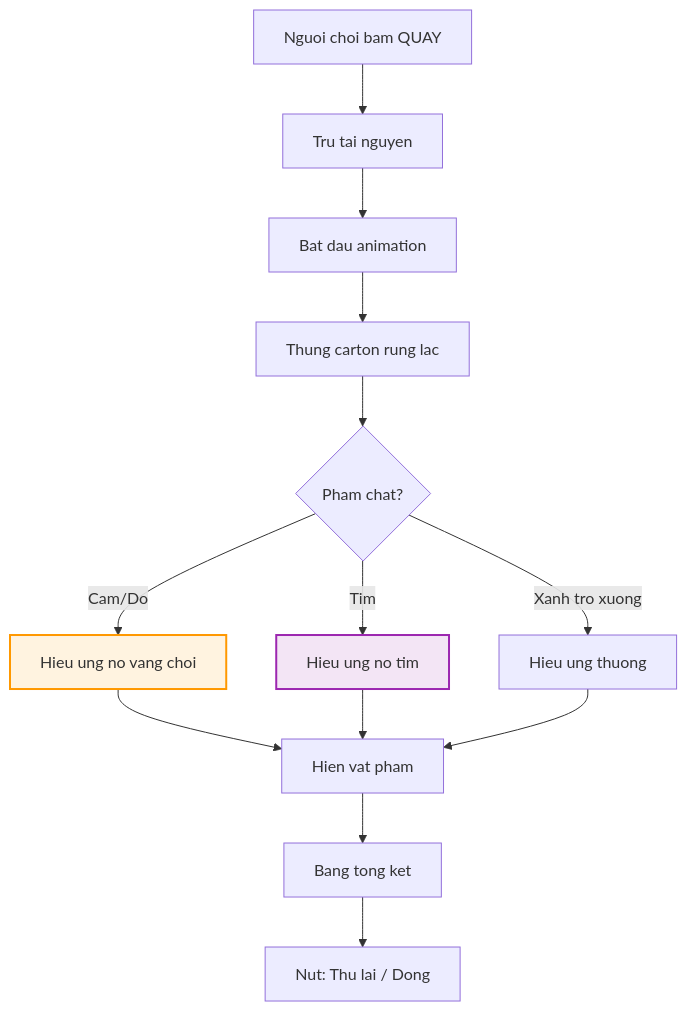
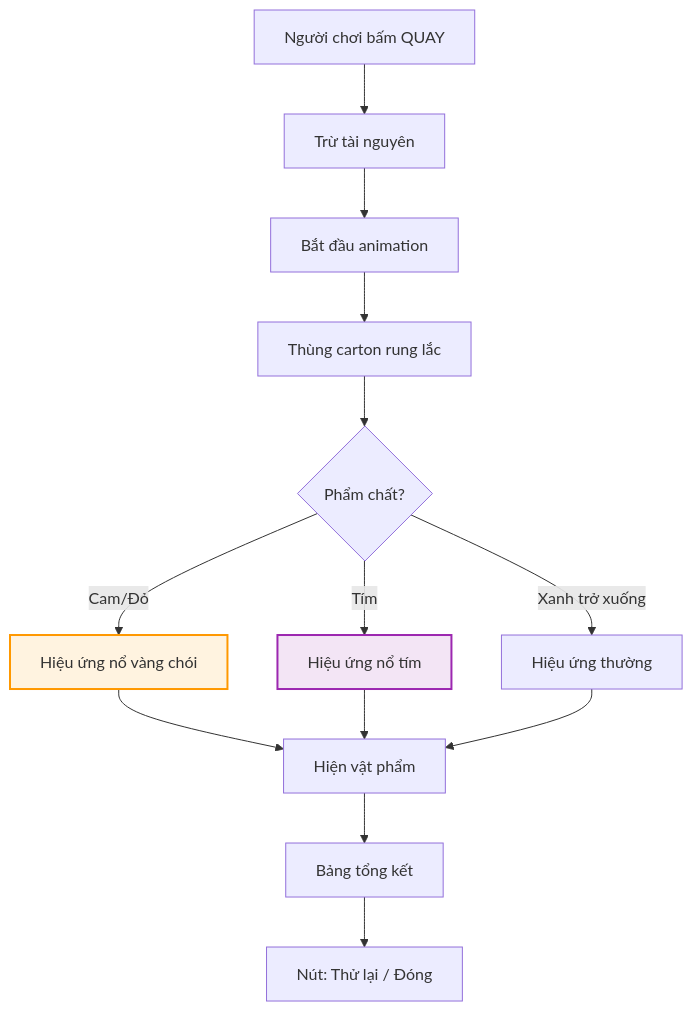
One commit to luantran-working/idlegame-designdocs changed the second of 2 diagrams in docs/he-thong-gacha.md. Above: the diagram before and after it, drawn with Mermaid. The commit also changed other lines of this file and 16 other files, not shown here.

Commit message:
feat: Introduce extensive game design documentation covering game systems, UI, and roadmap, and enable Mermaid diagram support in Docusaurus.

````diff
--- a/docs/he-thong-gacha.md
+++ b/docs/he-thong-gacha.md
@@ -136,22 +136,22 @@
 ```mermaid
 flowchart TD
-    Start["Nguoi choi bam QUAY"] --> Deduct["Tru tai nguyen"]
-    Deduct --> Anim["Bat dau animation"]
+    Start["Người chơi bấm QUAY"] --> Deduct["Trừ tài nguyên"]
+    Deduct --> Anim["Bắt đầu animation"]
 
-    Anim --> Box["Thung carton rung lac"]
+    Anim --> Box["Thùng carton rung lắc"]
 
-    Box --> Check{"Pham chat?"}
-    Check -->|Cam/Do| Gold["Hieu ung no vang choi"]
-    Check -->|Tim| Purple["Hieu ung no tim"]
-    Check -->|Xanh tro xuong| Normal["Hieu ung thuong"]
+    Box --> Check{"Phẩm chất?"}
+    Check -->|Cam/Đỏ| Gold["Hiệu ứng nổ vàng chói"]
+    Check -->|Tím| Purple["Hiệu ứng nổ tím"]
+    Check -->|Xanh trở xuống| Normal["Hiệu ứng thường"]
 
-    Gold --> Reveal["Hien vat pham"]
+    Gold --> Reveal["Hiện vật phẩm"]
     Purple --> Reveal
     Normal --> Reveal
 
-    Reveal --> Result["Bang tong ket"]
-    Result --> End["Nut: Thu lai / Dong"]
+    Reveal --> Result["Bảng tổng kết"]
+    Result --> End["Nút: Thử lại / Đóng"]
 
     style Gold fill:#fff3e0,stroke:#ff9800,stroke-width:2px
     style Purple fill:#f3e5f5,stroke:#9c27b0,stroke-width:2px
 ```
````
